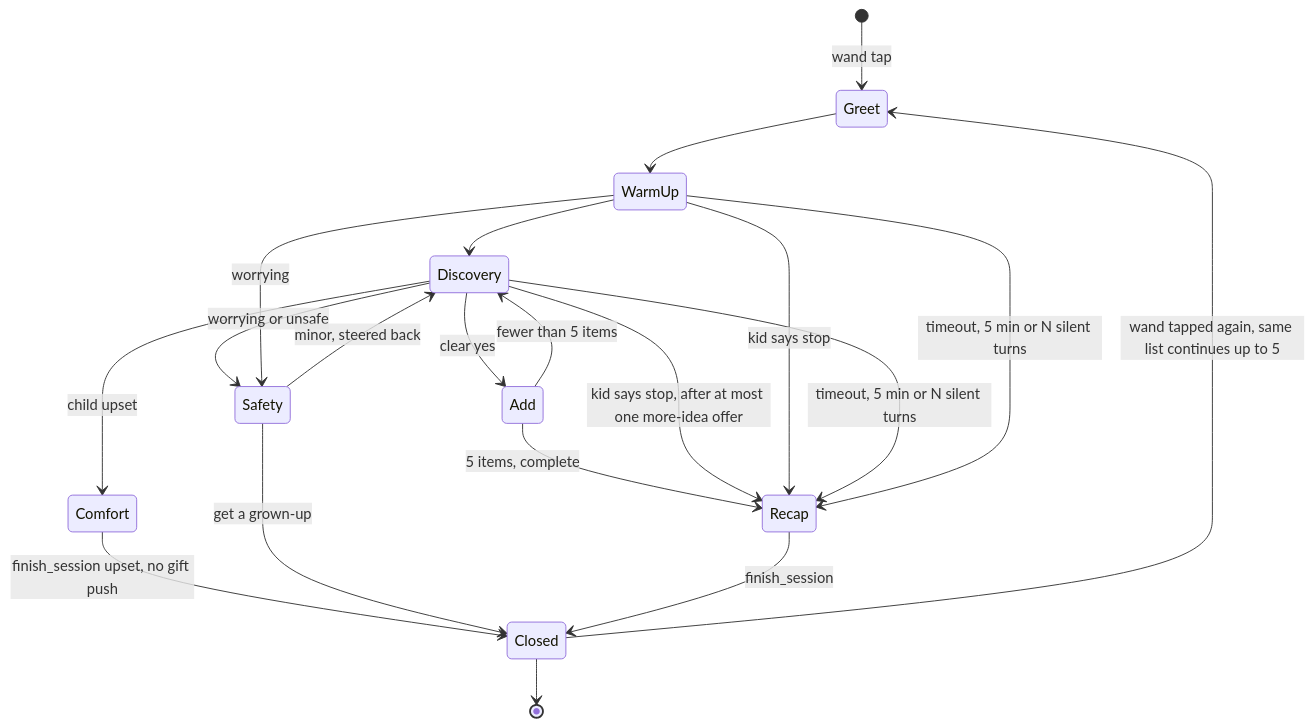
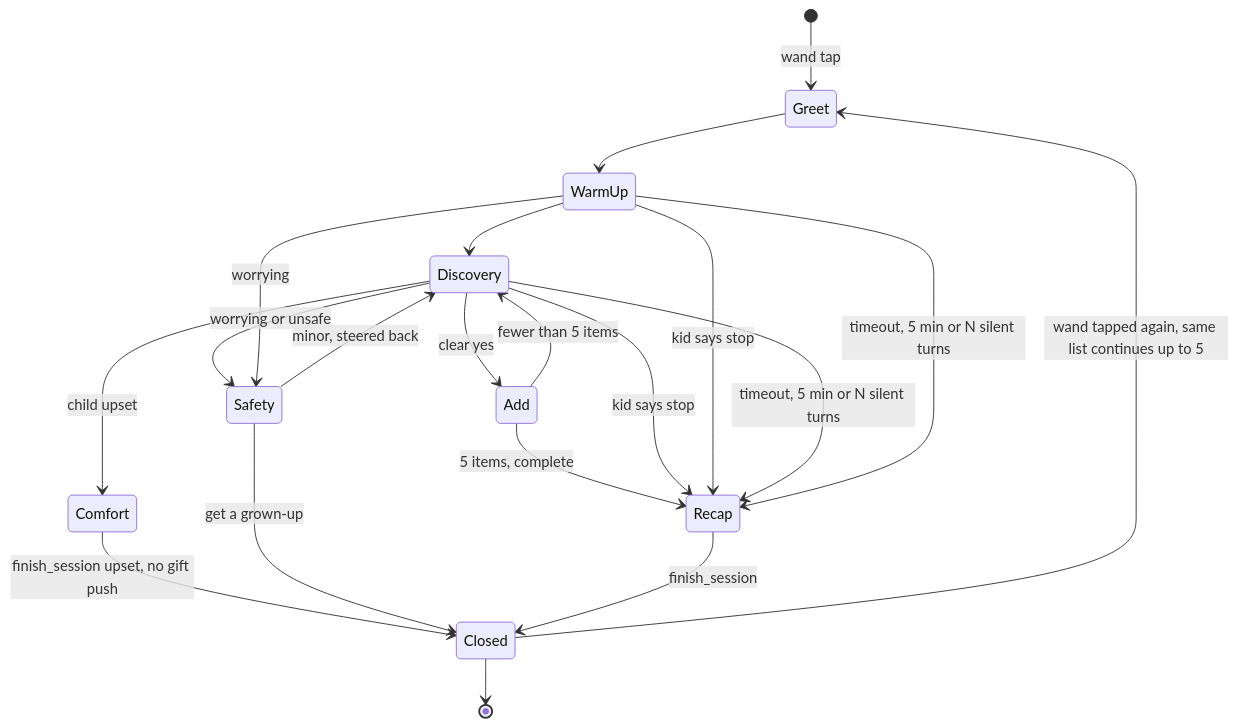
Before and after one commit to build40for40/day11: the second of 3 diagrams in docs/prompt-testing.md, drawn with Mermaid. The commit also changed other lines of this file and 23 other files, not shown here.

````diff
--- a/docs/prompt-testing.md
+++ b/docs/prompt-testing.md
@@ -55,22 +55,22 @@
 ```mermaid
 stateDiagram-v2
     [*] --> Greet: wand tap
     Greet --> WarmUp
     WarmUp --> Discovery
     Discovery --> Add: clear yes
     Add --> Discovery: fewer than 5 items
     Add --> Recap: 5 items, complete
-    Discovery --> Recap: kid says stop, after at most one more-idea offer
+    Discovery --> Recap: kid says stop
     WarmUp --> Recap: kid says stop
     Discovery --> Recap: timeout, 5 min or N silent turns
     WarmUp --> Recap: timeout, 5 min or N silent turns
     Discovery --> Safety: worrying or unsafe
     Discovery --> Comfort: child upset
     Comfort --> Closed: finish_session upset, no gift push
     WarmUp --> Safety: worrying
     Safety --> Discovery: minor, steered back
     Safety --> Closed: get a grown-up
     Recap --> Closed: finish_session
     Closed --> [*]
     Closed --> Greet: wand tapped again, same list continues up to 5
 ```
````
